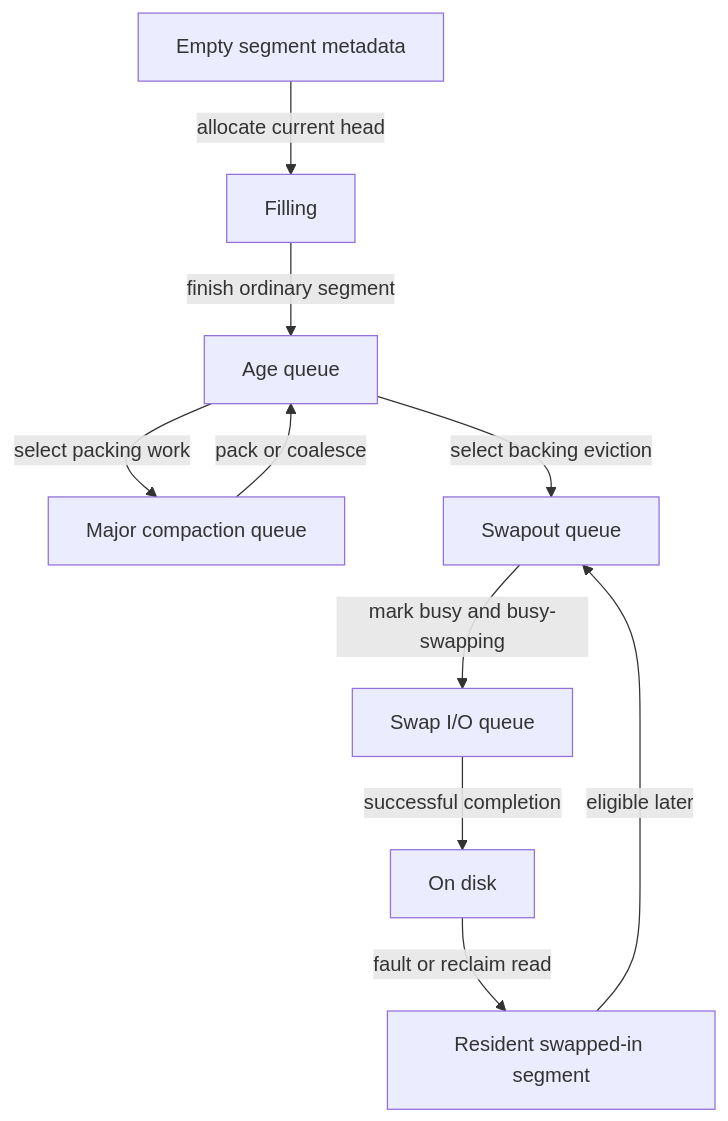
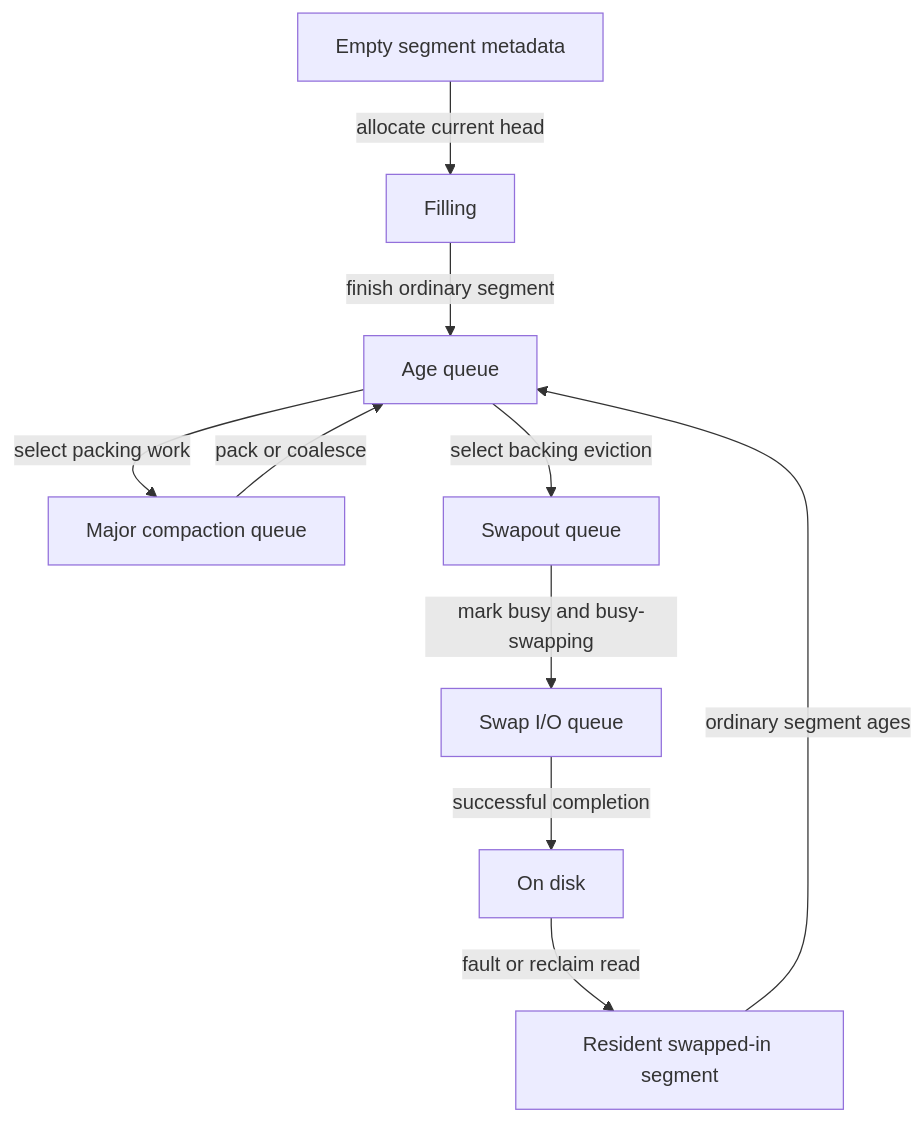
Before and after one commit to lcq2/platydoc: the second of 2 diagrams in docs-ai/subsystems/vm/compressor-segments-and-swapfiles.md, drawn with Mermaid. The commit also changed 63 other files, not shown here.

````diff
--- a/docs-ai/subsystems/vm/compressor-segments-and-swapfiles.md
+++ b/docs-ai/subsystems/vm/compressor-segments-and-swapfiles.md
@@ -45,12 +45,12 @@
 ```mermaid
 flowchart TD
     E[Empty segment metadata] -->|allocate current head| F[Filling]
     F -->|finish ordinary segment| A[Age queue]
     A -->|select packing work| M[Major compaction queue]
     A -->|select backing eviction| Q[Swapout queue]
     Q -->|mark busy and busy-swapping| I[Swap I/O queue]
     I -->|successful completion| D[On disk]
     D -->|fault or reclaim read| R[Resident swapped-in segment]
-    R -->|eligible later| Q
+    R -->|ordinary segment ages| A
     M -->|pack or coalesce| A
 ```
````
